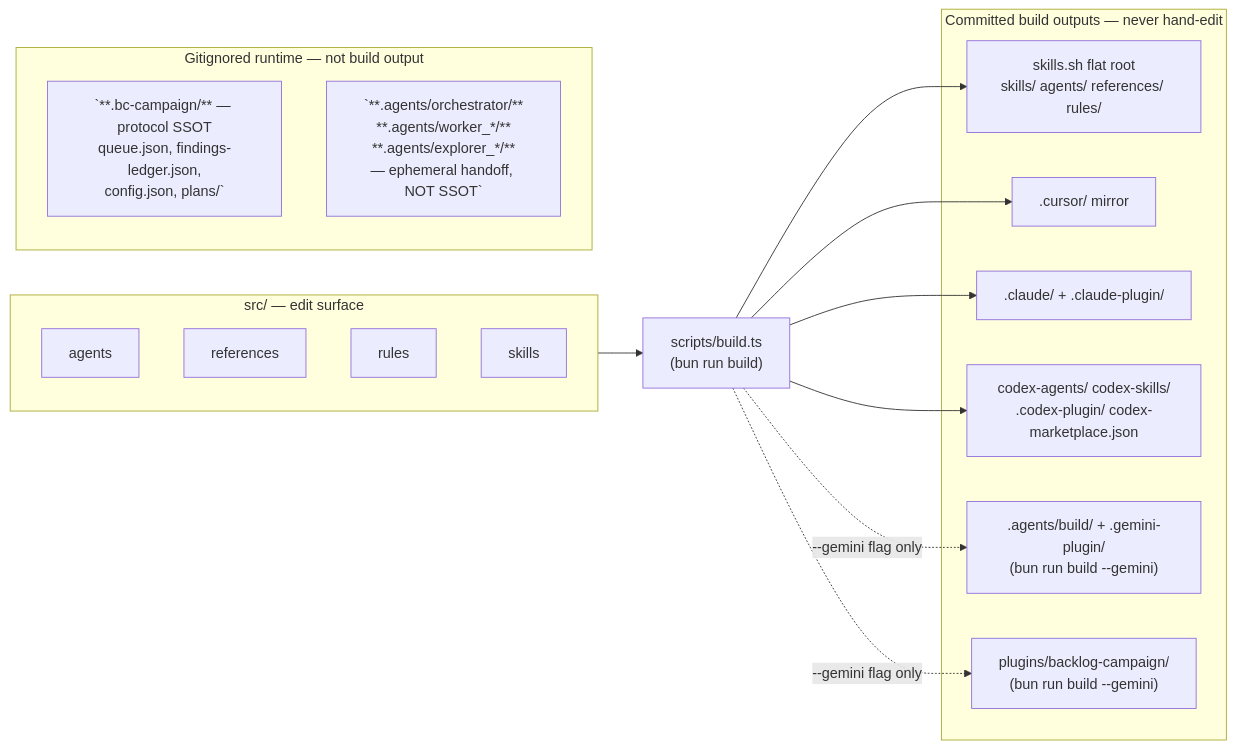
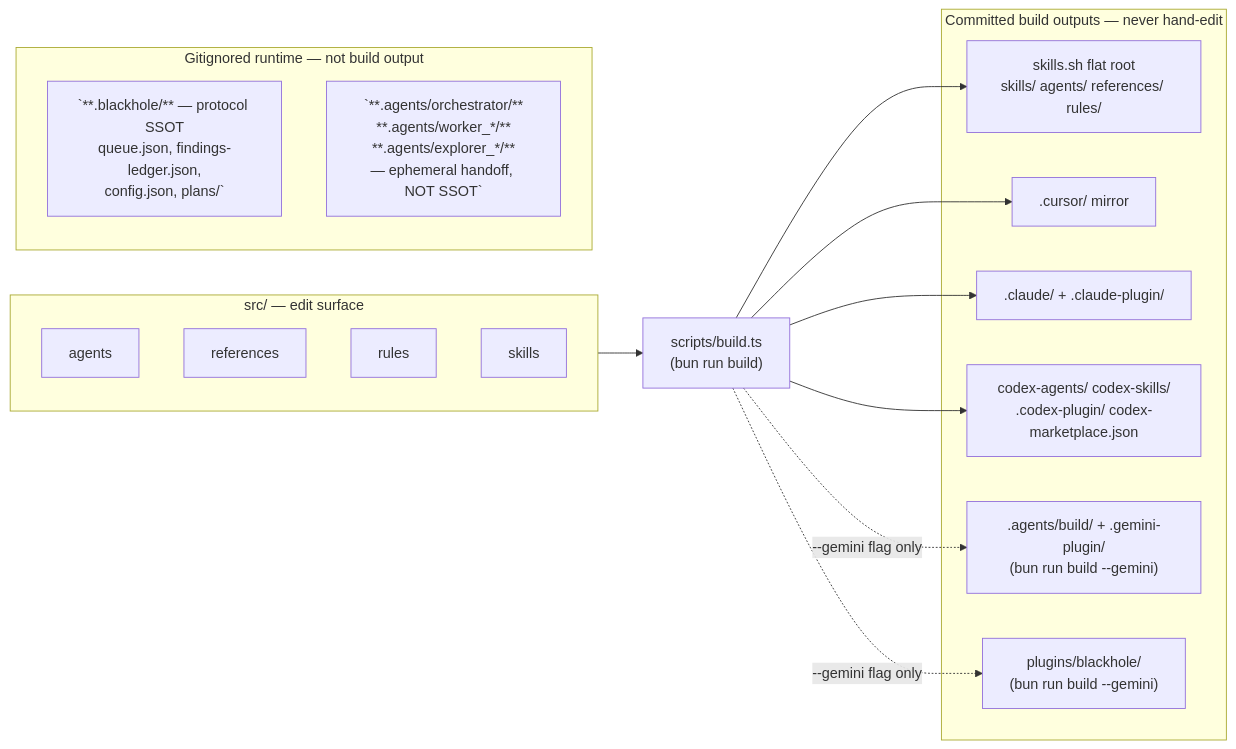
One commit to CorentinLumineau/blackhole changed the diagram in documentation/architecture.md. Above: the diagram before and after it, drawn with Mermaid. The commit also changed other lines of this file and 436 other files, not shown here.

````diff
--- a/documentation/architecture.md
+++ b/documentation/architecture.md
@@ -17,33 +17,33 @@
 ```mermaid
 flowchart LR
     subgraph SRC["src/ — edit surface"]
         A1[agents]
         A2[references]
         A3[rules]
         A4[skills]
     end
 
     BUILD["scripts/build.ts<br/>(bun run build)"]
 
     subgraph OUT["Committed build outputs — never hand-edit"]
         O1[skills.sh flat root<br/>skills/ agents/ references/ rules/]
         O2[.cursor/ mirror]
         O3[.claude/ + .claude-plugin/]
         O4[codex-agents/ codex-skills/<br/>.codex-plugin/ codex-marketplace.json]
         O5[".agents/build/ + .gemini-plugin/<br/>(bun run build --gemini)"]
-        O6["plugins/backlog-campaign/<br/>(bun run build --gemini)"]
+        O6["plugins/blackhole/<br/>(bun run build --gemini)"]
     end
 
     SRC --> BUILD --> O1
     BUILD --> O2
     BUILD --> O3
     BUILD --> O4
     BUILD -. "--gemini flag only" .-> O5
     BUILD -. "--gemini flag only" .-> O6
 
     subgraph RUNTIME["Gitignored runtime — not build output"]
         direction TB
-        R1[`**.bc-campaign/** — protocol SSOT<br/>queue.json, findings-ledger.json,<br/>config.json, plans/`]
+        R1[`**.blackhole/** — protocol SSOT<br/>queue.json, findings-ledger.json,<br/>config.json, plans/`]
         R2[`**.agents/orchestrator/**<br/>**.agents/worker_*/**<br/>**.agents/explorer_*/**<br/>— ephemeral handoff, NOT SSOT`]
     end
 ```
````
